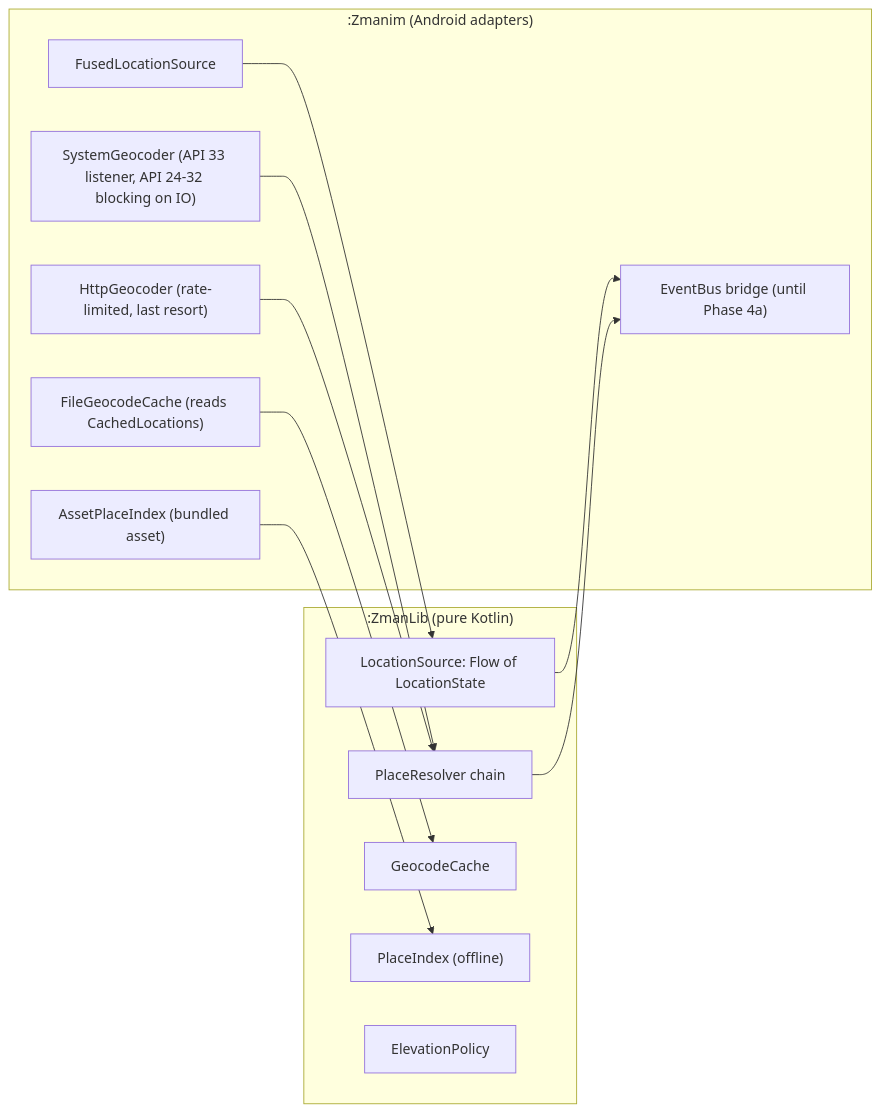
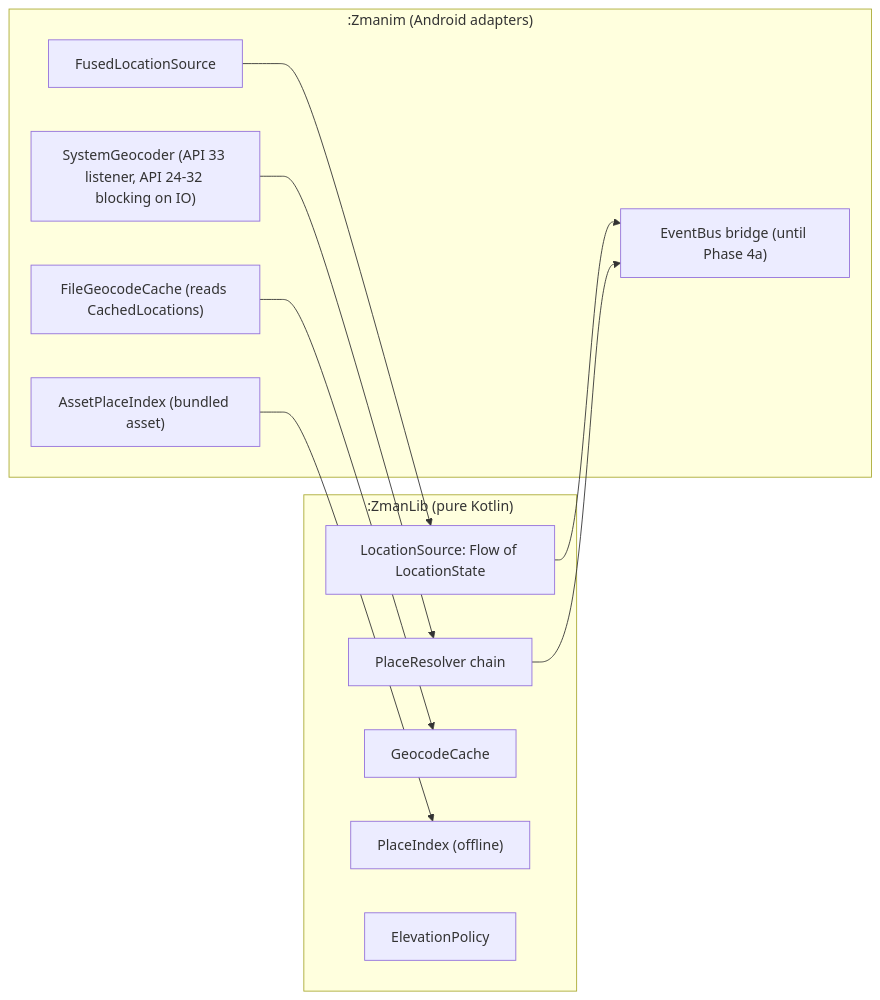
One commit to jgindin/zmanim changed the diagram in docs/modernization/phase2/phase-2-design.md. Above: the diagram before and after it, drawn with Mermaid. The commit also changed other lines of this file and 1 other file, not shown here.

````diff
--- a/docs/modernization/phase2/phase-2-design.md
+++ b/docs/modernization/phase2/phase-2-design.md
@@ -54,25 +55,23 @@
 ```mermaid
 flowchart LR
     subgraph ZmanLib [":ZmanLib (pure Kotlin)"]
         LS["LocationSource: Flow of LocationState"]
         PR["PlaceResolver chain"]
         GC["GeocodeCache"]
         PI["PlaceIndex (offline)"]
         EP["ElevationPolicy"]
     end
     subgraph Zmanim [":Zmanim (Android adapters)"]
         FL["FusedLocationSource"]
         SG["SystemGeocoder (API 33 listener, API 24-32 blocking on IO)"]
-        HG["HttpGeocoder (rate-limited, last resort)"]
         FC["FileGeocodeCache (reads CachedLocations)"]
         AP["AssetPlaceIndex (bundled asset)"]
         BR["EventBus bridge (until Phase 4a)"]
     end
     FL --> LS
     SG --> PR
-    HG --> PR
     FC --> GC
     AP --> PI
     LS --> BR
     PR --> BR
 ```
````
